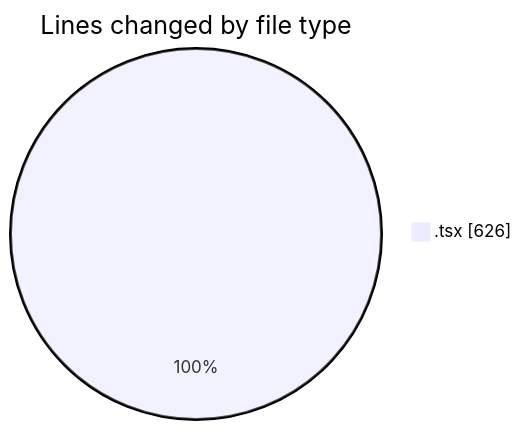
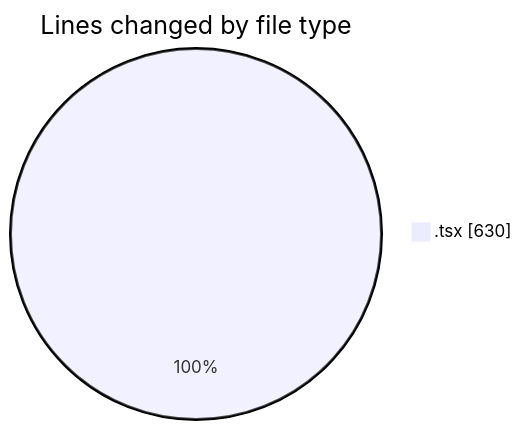
One commit to NitaiMahat/code-tracking changed the first of 2 diagrams in 2025-08-06/pif/README.md. Above: the diagram before and after it, drawn with Mermaid. The commit also changed other lines of this file and 1 other file, not shown here.

````diff
--- a/2025-08-06/pif/README.md
+++ b/2025-08-06/pif/README.md
@@ -21,5 +21,5 @@
 ```mermaid
 pie showData
 title Lines changed by file type
-".tsx" : 626
+".tsx" : 630
 ```
````
